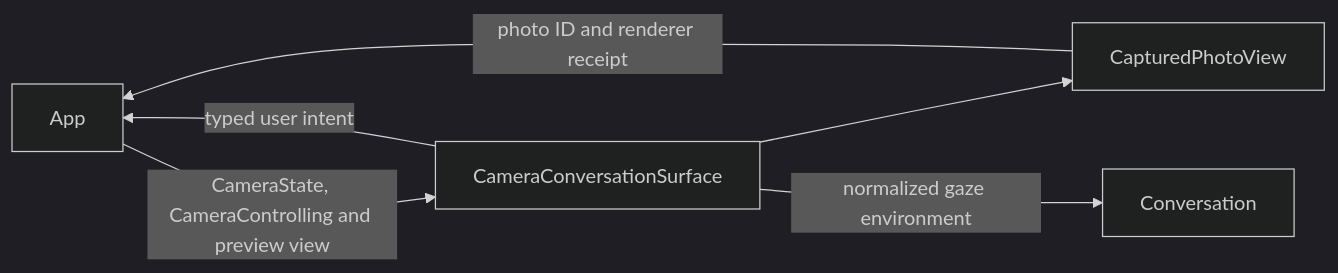
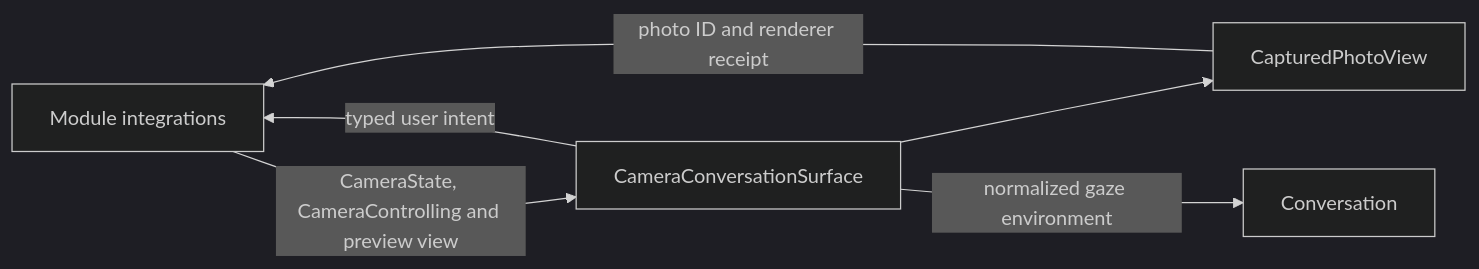
The diagram in MobileHarness/UI/Camera/README.md (devilyouwei/MobileHarness), drawn with Mermaid (dark theme) before and after one commit. The commit also changed other lines of this file and 254 other files, not shown here.

First line of the commit message:
refactor: isolate app composition and module bindings

````diff
--- a/MobileHarness/UI/Camera/README.md
+++ b/MobileHarness/UI/Camera/README.md
@@ -15,8 +15,9 @@
 ```mermaid
 flowchart LR
- App -->|CameraState, CameraControlling and preview view| Surface[CameraConversationSurface]
- Surface -->|typed user intent| App
+ Bindings[Module integrations]
+ Bindings -->|CameraState, CameraControlling and preview view| Surface[CameraConversationSurface]
+ Surface -->|typed user intent| Bindings
  Surface --> Photo[CapturedPhotoView]
- Photo -->|photo ID and renderer receipt| App
+ Photo -->|photo ID and renderer receipt| Bindings
  Surface -->|normalized gaze environment| Conversation
 ```
````
